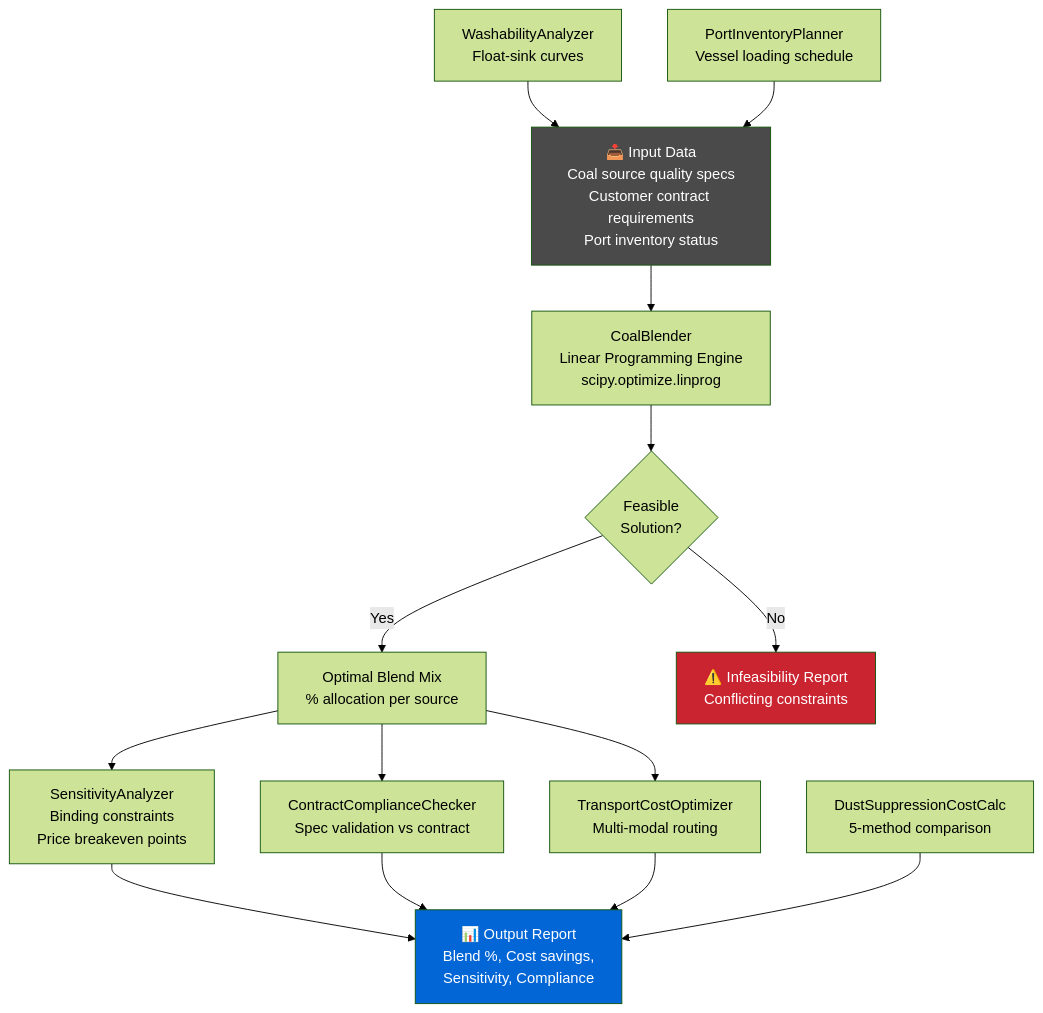
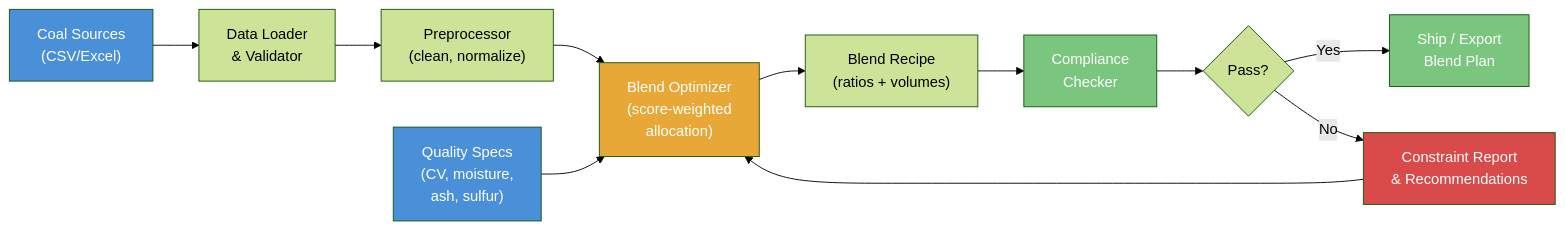
The diagram in README.md (achmadnaufal/coal-blending-optimizer), drawn with Mermaid (forest theme) before and after one commit. The commit also changed other lines of this file and 4 other files, not shown here.

Commit message:
docs: add demo output, CLI usage, and architecture diagram

````diff
--- a/README.md
+++ b/README.md
@@ -199,21 +148,22 @@
 ```mermaid
-graph TD
-    A[📥 Input Data\nCoal source quality specs\nCustomer contract requirements\nPort inventory status] --> B[CoalBlender\nLinear Programming Engine\nscipy.optimize.linprog]
-    B --> C{Feasible\nSolution?}
-    C -->|Yes| D[Optimal Blend Mix\n% allocation per source]
-    C -->|No| E[⚠️ Infeasibility Report\nConflicting constraints]
-    D --> F[SensitivityAnalyzer\nBinding constraints\nPrice breakeven points]
-    D --> G[ContractComplianceChecker\nSpec validation vs contract]
-    D --> H[TransportCostOptimizer\nMulti-modal routing]
-    F --> I[📊 Output Report\nBlend %, Cost savings,\nSensitivity, Compliance]
-    G --> I
-    H --> I
+flowchart LR
+    A["Coal Sources\n(CSV/Excel)"] --> B["Data Loader\n& Validator"]
+    B --> C["Preprocessor\n(clean, normalize)"]
+    C --> D["Blend Optimizer\n(score-weighted\nallocation)"]
 
-    J[WashabilityAnalyzer\nFloat-sink curves] --> A
-    K[PortInventoryPlanner\nVessel loading schedule] --> A
-    L[DustSuppressionCostCalc\n5-method comparison] --> I
+    E["Quality Specs\n(CV, moisture,\nash, sulfur)"] --> D
 
-    style A fill:#4a4a4a,color:#fff
-    style I fill:#0366d6,color:#fff
-    style E fill:#cb2431,color:#fff
+    D --> F["Blend Recipe\n(ratios + volumes)"]
+    F --> G["Compliance\nChecker"]
+    G --> H{Pass?}
+    H -- Yes --> I["Ship / Export\nBlend Plan"]
+    H -- No --> J["Constraint Report\n& Recommendations"]
+    J --> D
+
+    style A fill:#4a90d9,color:#fff
+    style E fill:#4a90d9,color:#fff
+    style D fill:#e8a838,color:#fff
+    style G fill:#7bc67e,color:#fff
+    style I fill:#7bc67e,color:#fff
+    style J fill:#d94a4a,color:#fff
 ```
````
